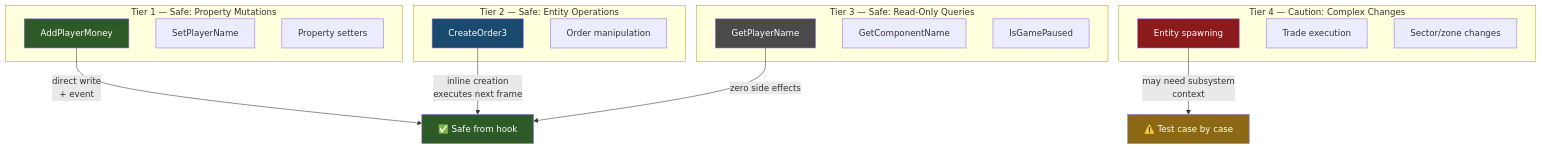
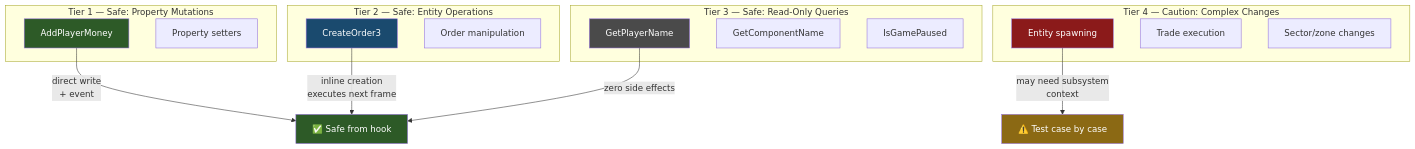
Before and after one commit to roflcopter4/X4Native: the fourth of 5 diagrams in docs/rev/STATE_MUTATION.md, drawn with Mermaid. The commit also changed other lines of this file and 2 other files, not shown here.

````diff
--- a/docs/rev/STATE_MUTATION.md
+++ b/docs/rev/STATE_MUTATION.md
@@ -206,37 +207,36 @@
 ```mermaid
 graph TD
     subgraph "Tier 1 — Safe: Property Mutations"
-        T1A["AddPlayerMoney"] 
-        T1B["SetPlayerName"]
+        T1A["AddPlayerMoney"]
         T1C["Property setters"]
     end
 
     subgraph "Tier 2 — Safe: Entity Operations"
         T2A["CreateOrder3"]
         T2B["Order manipulation"]
     end
 
     subgraph "Tier 3 — Safe: Read-Only Queries"
         T3A["GetPlayerName"]
         T3B["GetComponentName"]
         T3C["IsGamePaused"]
     end
 
     subgraph "Tier 4 — Caution: Complex Changes"
         T4A["Entity spawning"]
         T4B["Trade execution"]
         T4C["Sector/zone changes"]
     end
 
     T1A --> |"direct write\n+ event"| SAFE["✅ Safe from hook"]
     T2A --> |"inline creation\nexecutes next frame"| SAFE
     T3A --> |"zero side effects"| SAFE
     T4A --> |"may need subsystem\ncontext"| CAUTION["⚠️ Test case by case"]
 
     style SAFE fill:#2d5a27,color:#fff
     style CAUTION fill:#8b6914,color:#fff
     style T1A fill:#2d5a27,color:#fff
     style T2A fill:#1a4a6e,color:#fff
     style T3A fill:#4a4a4a,color:#fff
     style T4A fill:#8b1a1a,color:#fff
 ```
````
